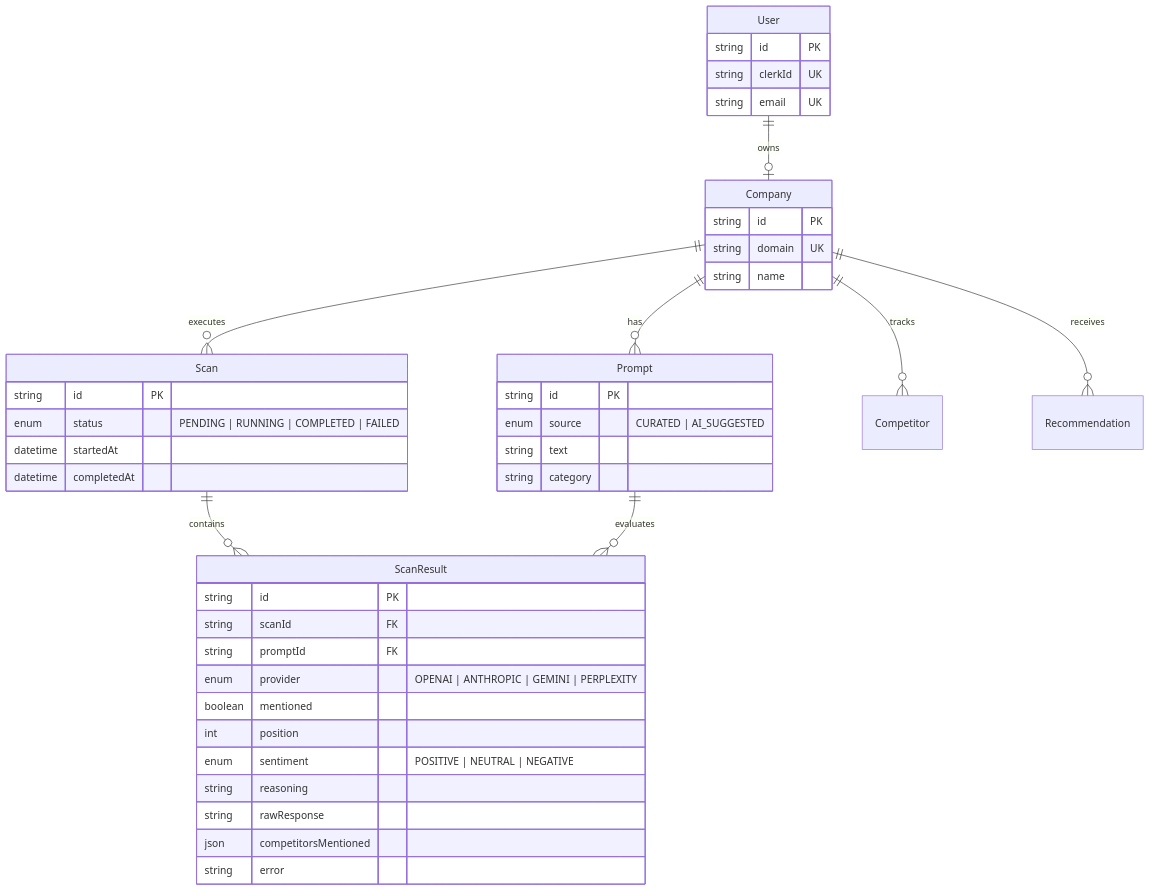
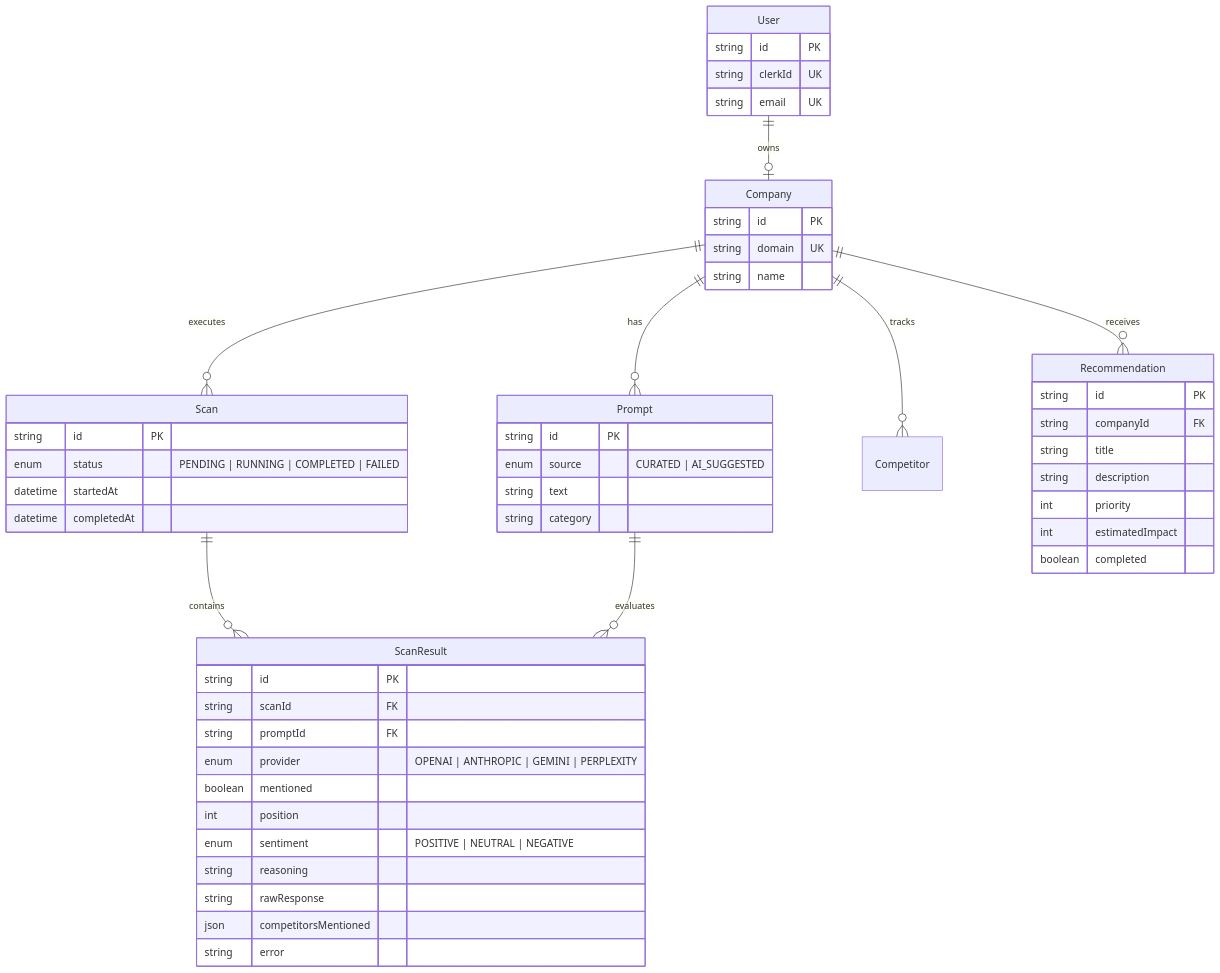
One commit to ryonm411-jpg/answer-os changed the fifth of 5 diagrams in context/context/architecture_overview.md. Above: the diagram before and after it, drawn with Mermaid. The commit also changed other lines of this file and 68 other files, not shown here.

````diff
--- a/context/context/architecture_overview.md
+++ b/context/context/architecture_overview.md
@@ -216,50 +218,60 @@
 ```mermaid
 erDiagram
     User ||--o| Company : owns
     Company ||--o{ Prompt : has
     Company ||--o{ Scan : executes
     Company ||--o{ Competitor : tracks
     Company ||--o{ Recommendation : receives
     Scan ||--o{ ScanResult : contains
     Prompt ||--o{ ScanResult : evaluates
 
     User {
         string id PK
         string clerkId UK
         string email UK
     }
 
     Company {
         string id PK
         string domain UK
         string name
     }
 
     Scan {
         string id PK
         enum status "PENDING | RUNNING | COMPLETED | FAILED"
         datetime startedAt
         datetime completedAt
     }
 
     ScanResult {
         string id PK
         string scanId FK
         string promptId FK
         enum provider "OPENAI | ANTHROPIC | GEMINI | PERPLEXITY"
         boolean mentioned
         int position
         enum sentiment "POSITIVE | NEUTRAL | NEGATIVE"
         string reasoning
         string rawResponse
         json competitorsMentioned
         string error
     }
 
     Prompt {
         string id PK
         enum source "CURATED | AI_SUGGESTED"
         string text
         string category
     }
+
+    Recommendation {
+        string id PK
+        string companyId FK
+        string title
+        string description
+        int priority
+        int estimatedImpact
+        boolean completed
+    }
 ```
````
